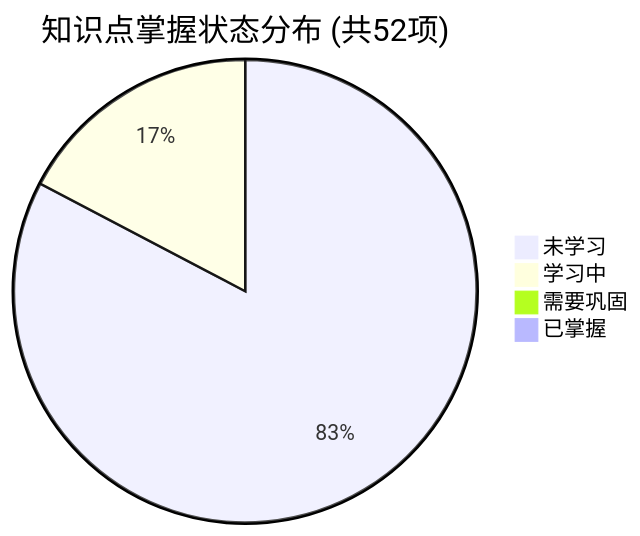
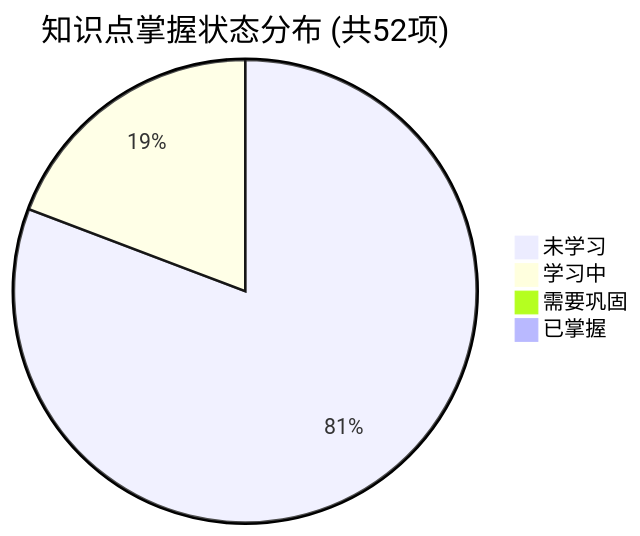
Before and after one commit to tieke1121/tech-interview-knowledge-base: the first of 2 diagrams in PROGRESS.md, drawn with Mermaid. The commit also changed other lines of this file and 1 other file, not shown here.

Commit message:
feat(day11): add doris realtime olap, fe-be architecture, pipeline engine & multi-catalog

````diff
--- a/PROGRESS.md
+++ b/PROGRESS.md
@@ -23,7 +23,7 @@
 ```mermaid
 pie title 知识点掌握状态分布 (共52项)
-    "未学习" : 43
-    "学习中" : 9
+    "未学习" : 42
+    "学习中" : 10
     "需要巩固" : 0
     "已掌握" : 0
 ```
````
